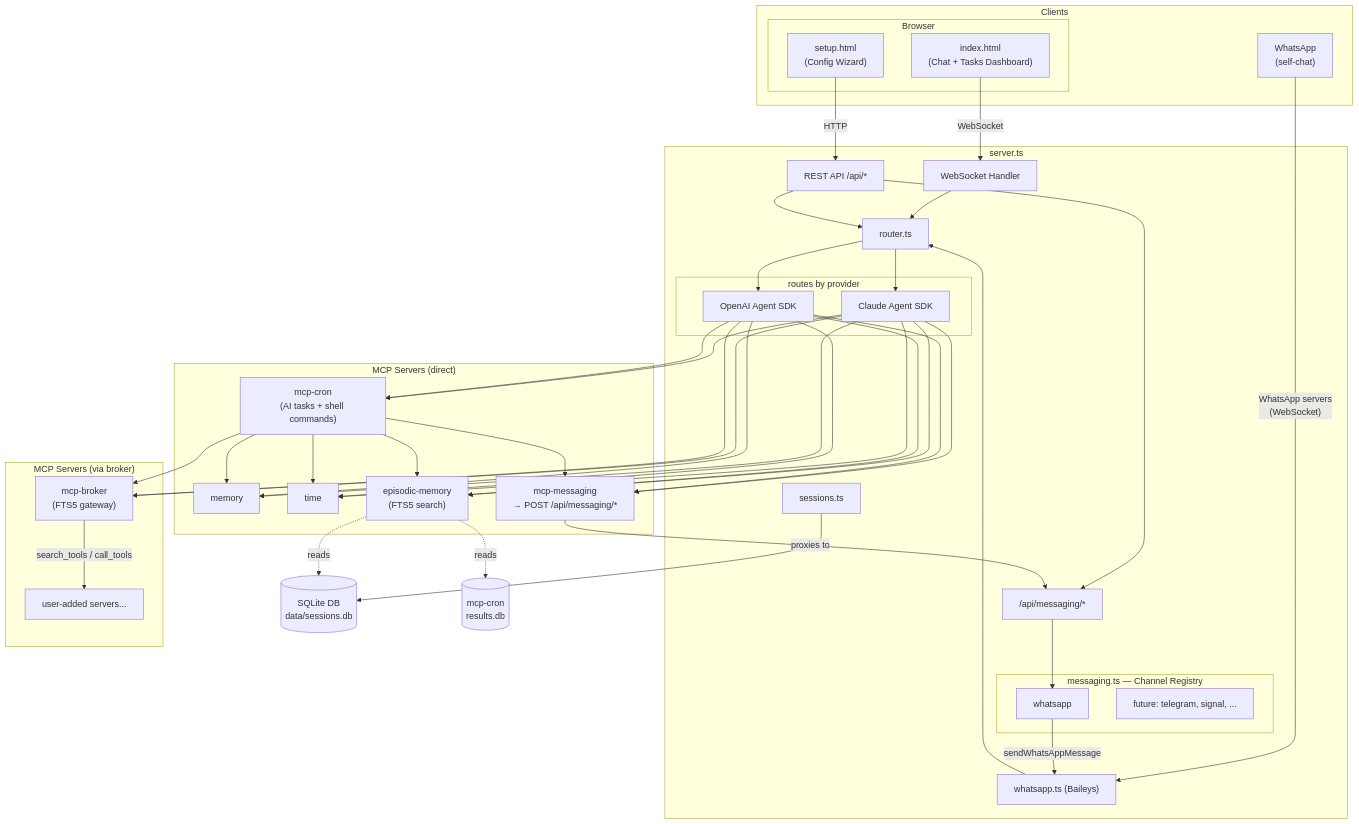
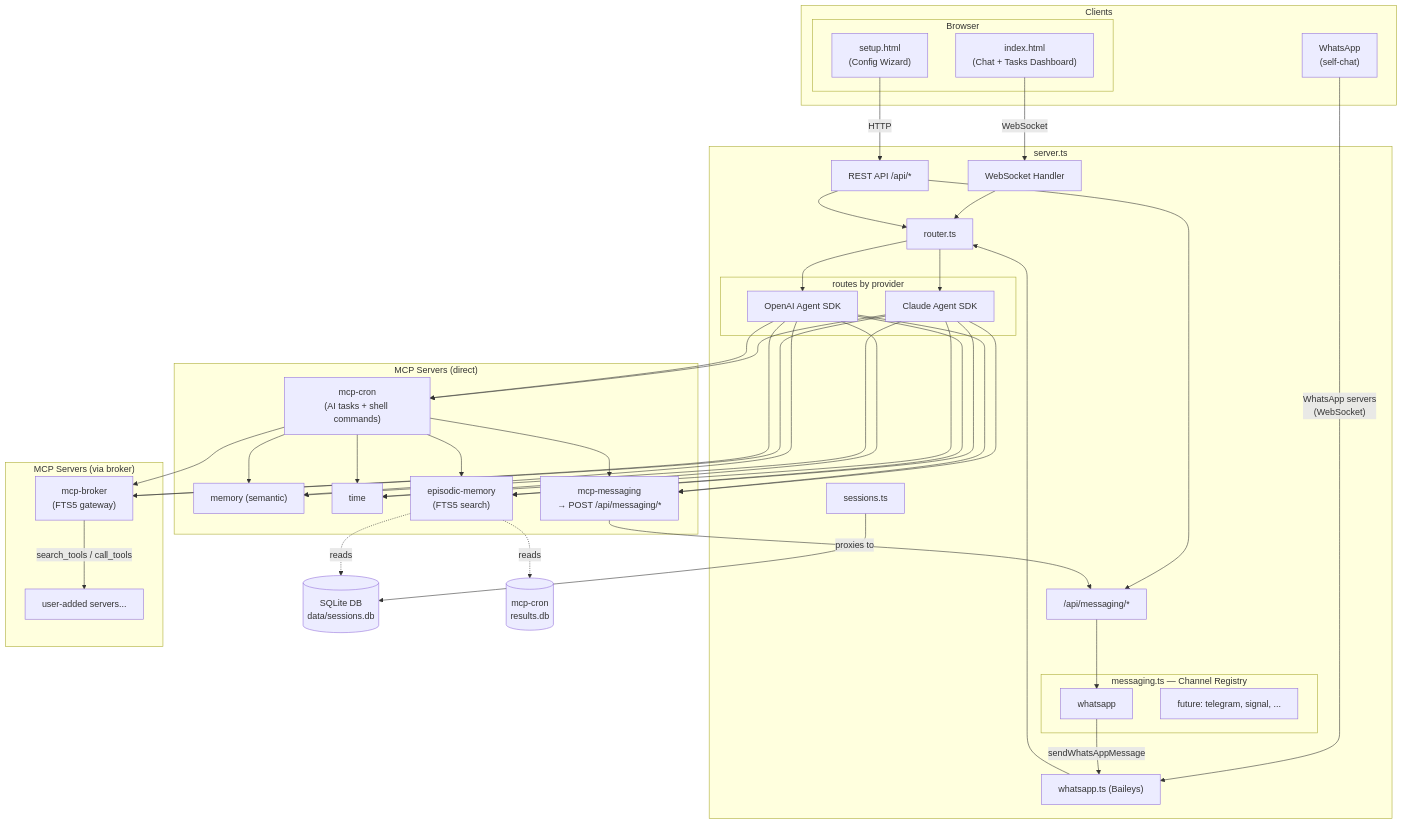
Before and after one commit to jolks/goto-assistant: the diagram in docs/architecture.md, drawn with Mermaid. The commit also changed 4 other files, not shown here.

First line of the commit message:
Rename MEMORY_SERVER_NAME to SEMANTIC_MEMORY_SERVER_NAME

````diff
--- a/docs/architecture.md
+++ b/docs/architecture.md
@@ -3,72 +3,72 @@
 ```mermaid
 flowchart TD
     subgraph Clients
         subgraph Browser
             index["index.html<br/>(Chat + Tasks Dashboard)"]
             setup["setup.html<br/>(Config Wizard)"]
         end
         whatsapp_client["WhatsApp<br/>(self-chat)"]
     end
 
     subgraph "server.ts"
         ws["WebSocket Handler"]
         rest["REST API /api/*"]
         wa["whatsapp.ts (Baileys)"]
 
         subgraph "messaging.ts — Channel Registry"
             ch_wa["whatsapp"]
             ch_future["future: telegram, signal, ..."]
         end
 
         messaging_api["/api/messaging/*"]
 
         router["router.ts"]
 
         subgraph providers ["routes by provider"]
             claude["Claude Agent SDK"]
             openai["OpenAI Agent SDK"]
         end
 
         sessions["sessions.ts"]
     end
 
     subgraph "MCP Servers (direct)"
         cron["mcp-cron<br/>(AI tasks + shell commands)"]
-        memory["memory"]
+        memory["memory (semantic)"]
         time_srv["time"]
         mcp_msg["mcp-messaging<br/>→ POST /api/messaging/*"]
         episodic["episodic-memory<br/>(FTS5 search)"]
     end
 
     subgraph "MCP Servers (via broker)"
         broker["mcp-broker<br/>(FTS5 gateway)"]
         other_mcp["user-added servers..."]
     end
 
     db[("SQLite DB<br/>data/sessions.db")]
     cron_db[("mcp-cron<br/>results.db")]
 
     index -- "WebSocket" --> ws
     setup -- "HTTP" --> rest
     whatsapp_client -- "WhatsApp servers<br/>(WebSocket)" --> wa
 
     ws --> router
     rest --> router
     wa --> router
     router --> claude & openai
 
     rest --> messaging_api
     messaging_api --> ch_wa
     ch_wa -- "sendWhatsAppMessage" --> wa
 
     claude --> cron & memory & time_srv & mcp_msg & episodic & broker
     openai --> cron & memory & time_srv & mcp_msg & episodic & broker
     cron --> memory & time_srv & mcp_msg & episodic & broker
     broker -- "search_tools / call_tools" --> other_mcp
 
     mcp_msg -- "proxies to" --> messaging_api
 
     sessions --> db
     episodic -. "reads" .-> db
     episodic -. "reads" .-> cron_db
 ```
````
